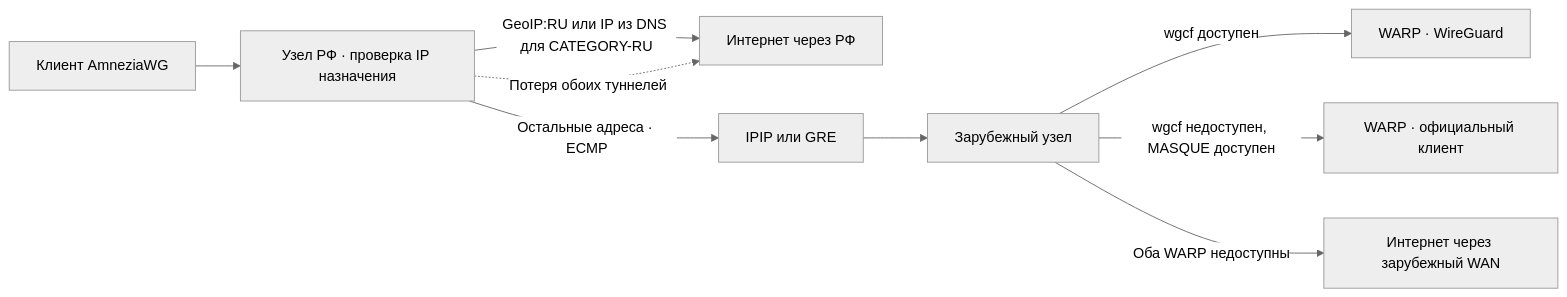
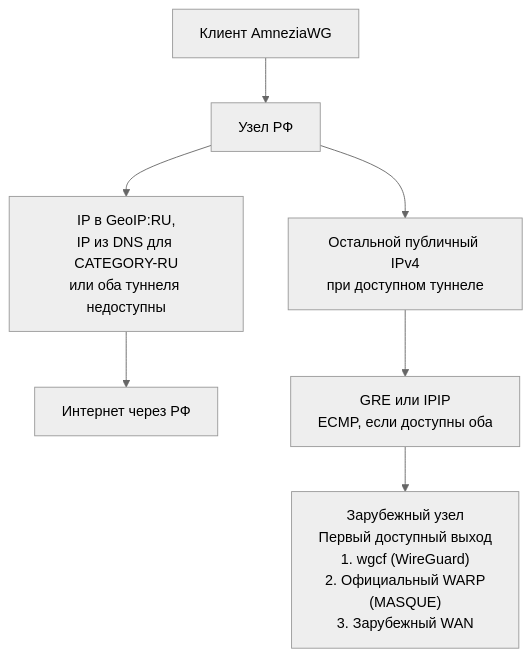
Before and after one commit to MeJIuFaRo/awg-ru-jump: the diagram in README.md, drawn with Mermaid (neutral theme).

Commit message:
Устранить наложение подписей в схеме выбора выхода

````diff
--- a/README.md
+++ b/README.md
@@ -49,11 +49,9 @@
 ```mermaid
-flowchart LR
-    client["Клиент AmneziaWG"] --> ingress["Узел РФ · проверка IP назначения"]
-    ingress -->|"GeoIP:RU или IP из DNS для CATEGORY-RU"| ru_wan["Интернет через РФ"]
-    ingress -->|"Остальные адреса · ECMP"| overlay["IPIP или GRE"]
-    overlay --> exit_node["Зарубежный узел"]
-    exit_node -->|"wgcf доступен"| warp["WARP · WireGuard"]
-    exit_node -->|"wgcf недоступен, MASQUE доступен"| masque["WARP · официальный клиент"]
-    exit_node -->|"Оба WARP недоступны"| wan["Интернет через зарубежный WAN"]
-    ingress -.->|"Потеря обоих туннелей"| ru_wan
+flowchart TD
+    client["Клиент AmneziaWG"] --> ingress["Узел РФ"]
+    ingress --> direct["IP в GeoIP:RU,<br/>IP из DNS для CATEGORY-RU<br/>или оба туннеля недоступны"]
+    ingress --> transit["Остальной публичный IPv4<br/>при доступном туннеле"]
+    direct --> ru_wan["Интернет через РФ"]
+    transit --> overlay["GRE или IPIP<br/>ECMP, если доступны оба"]
+    overlay --> egress["Зарубежный узел<br/>Первый доступный выход<br/>1. wgcf (WireGuard)<br/>2. Официальный WARP<br/>(MASQUE)<br/>3. Зарубежный WAN"]
 ```
````
